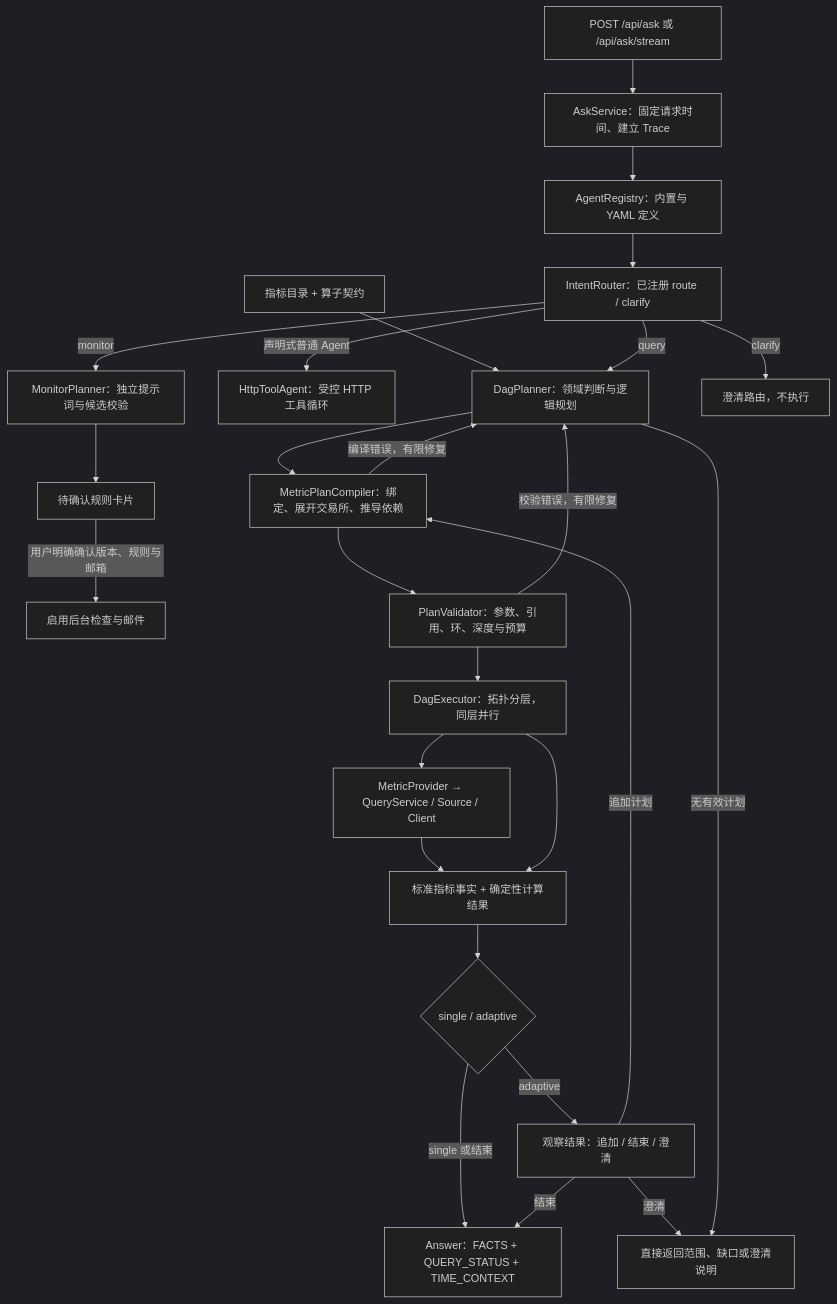
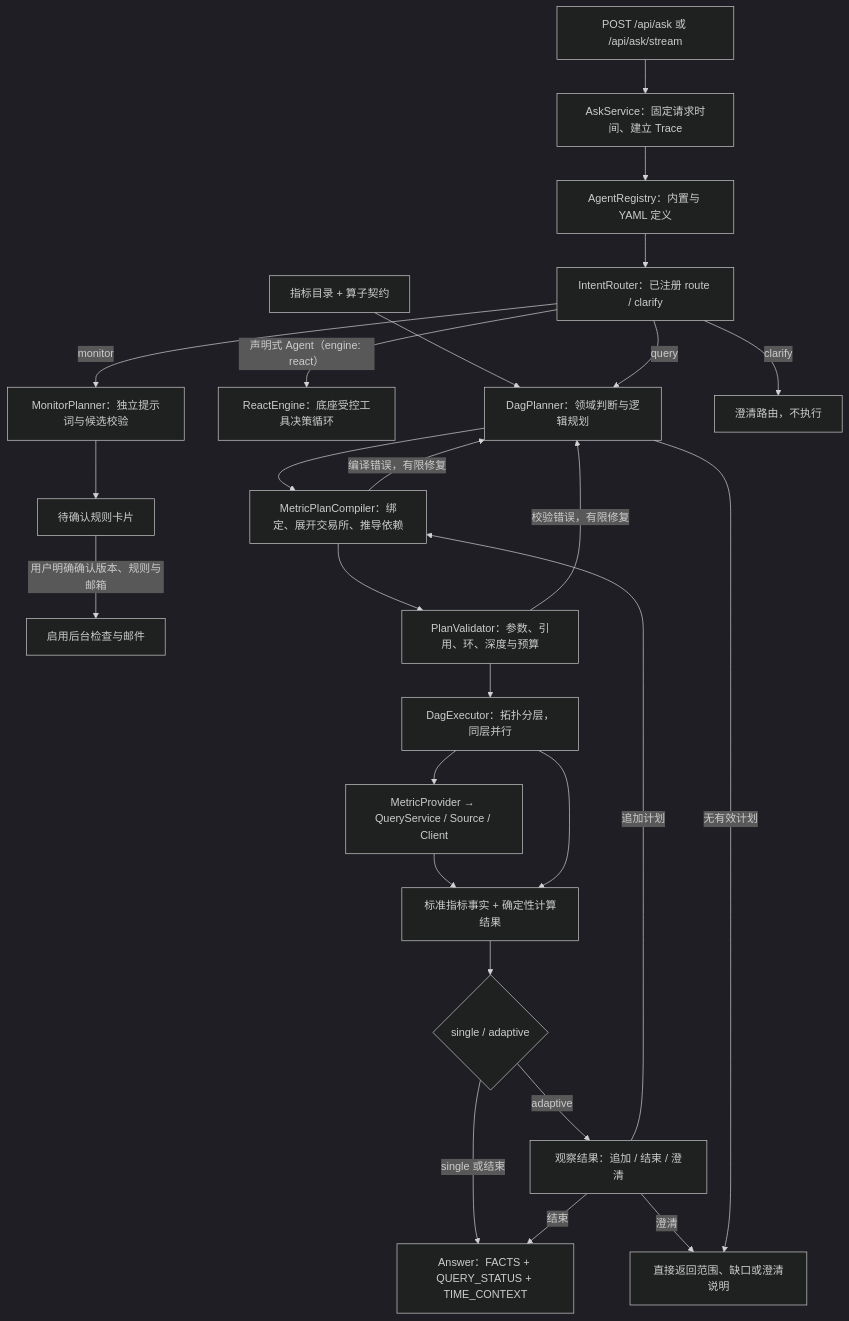
Before and after one commit to wztbbs/MarketPilot: the diagram in README.md, drawn with Mermaid (dark theme). The commit also changed other lines of this file and 119 other files, not shown here.

````diff
--- a/README.md
+++ b/README.md
@@ -71,28 +71,28 @@
 ```mermaid
 flowchart TD
     Q[POST /api/ask 或 /api/ask/stream] --> S[AskService：固定请求时间、建立 Trace]
     M[指标目录 + 算子契约] --> P[DagPlanner：领域判断与逻辑规划]
     S --> REG[AgentRegistry：内置与 YAML 定义]
     REG --> R0[IntentRouter：已注册 route / clarify]
-    R0 -->|声明式普通 Agent| HTTP[HttpToolAgent：受控 HTTP 工具循环]
+    R0 -->|声明式 Agent（engine: react）| HTTP[ReactEngine：底座受控工具决策循环]
     R0 -->|query| P
     R0 -->|monitor| MP[MonitorPlanner：独立提示词与候选校验]
     MP --> MD[待确认规则卡片]
     MD -->|用户明确确认版本、规则与邮箱| MC[启用后台检查与邮件]
     R0 -->|clarify| RC[澄清路由，不执行]
     P --> C[MetricPlanCompiler：绑定、展开交易所、推导依赖]
     C --> V[PlanValidator：参数、引用、环、深度与预算]
     C -->|编译错误，有限修复| P
     V -->|校验错误，有限修复| P
     V --> E[DagExecutor：拓扑分层，同层并行]
     E --> R[MetricProvider → QueryService / Source / Client]
     R --> F[标准指标事实 + 确定性计算结果]
     E --> F
     F --> MODE{single / adaptive}
     MODE -->|single 或结束| A[Answer：FACTS + QUERY_STATUS + TIME_CONTEXT]
     MODE -->|adaptive| OBS[观察结果：追加 / 结束 / 澄清]
     OBS -->|追加计划| C
     OBS -->|结束| A
     OBS -->|澄清| D
     P -->|无有效计划| D[直接返回范围、缺口或澄清说明]
 ```
````
